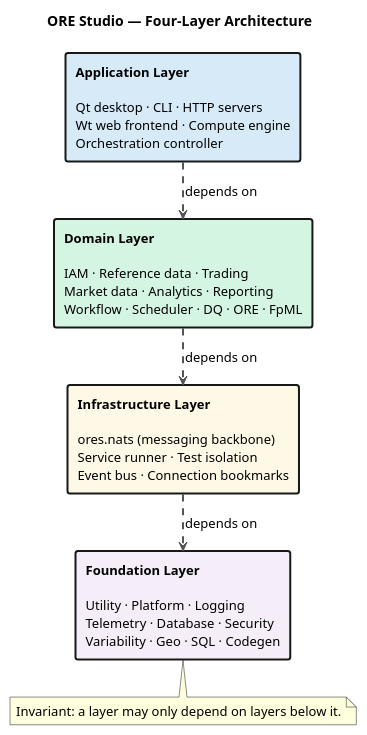
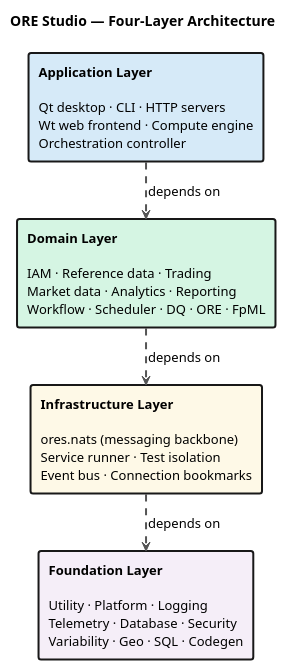
The diagram in projects/modeling/architecture_layers.puml (OreStudio/OreStudio), drawn with PlantUML before and after one commit. The commit also changed 1 other file, not shown here.

Commit message:
[modeling] Remove bottom note from architecture_layers.puml; clean PNG
The note-bottom-of element rendered with a spike artifact connecting
to the Foundation rectangle. Removed — the invariant is documented in
system_model.org prose.

```diff
--- a/projects/modeling/architecture_layers.puml
+++ b/projects/modeling/architecture_layers.puml
@@ -17,32 +17,28 @@
 @startuml
 !pragma layout smetana
 
 skinparam defaultFontSize 13
 skinparam arrowThickness 2
 skinparam arrowColor #555555
 skinparam rectangleBorderThickness 2
 skinparam rectangleFontSize 13
 
 title ORE Studio — Four-Layer Architecture
 
 rectangle "**Application Layer**\n\nQt desktop · CLI · HTTP servers\nWt web frontend · Compute engine\nOrchestration controller" as APP #D6EAF8
 rectangle "**Domain Layer**\n\nIAM · Reference data · Trading\nMarket data · Analytics · Reporting\nWorkflow · Scheduler · DQ · ORE · FpML" as DOM #D5F5E3
 rectangle "**Infrastructure Layer**\n\nores.nats (messaging backbone)\nService runner · Test isolation\nEvent bus · Connection bookmarks" as INFRA #FEF9E7
 rectangle "**Foundation Layer**\n\nUtility · Platform · Logging\nTelemetry · Database · Security\nVariability · Geo · SQL · Codegen" as FOUND #F5EEF8
 
 APP -[hidden]-> DOM
 DOM -[hidden]-> INFRA
 INFRA -[hidden]-> FOUND
 
 APP ..> DOM : depends on
 DOM ..> INFRA : depends on
 INFRA ..> FOUND : depends on
 
-note bottom of FOUND
-  Invariant: a layer may only depend on layers below it.
-end note
-
 ' Local Variables:
 ' compile-command: "java -Djava.awt.headless=true -DPLANTUML_SECURITY_PROFILE=UNSECURE -DPLANTUML_LIMIT_SIZE=65535 -jar /usr/share/plantuml/plantuml.jar architecture_layers.puml"
 ' End:
 @enduml
```
